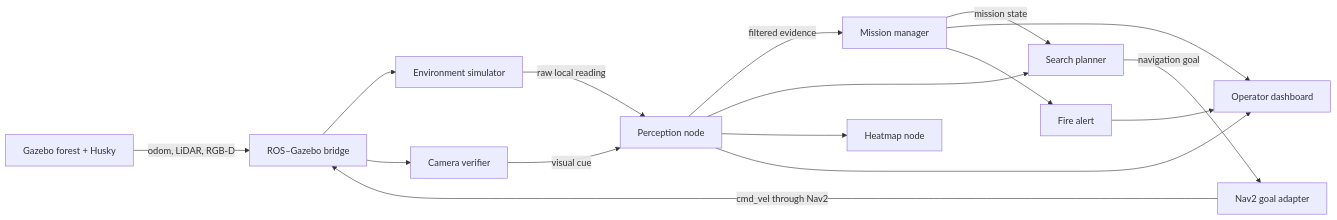
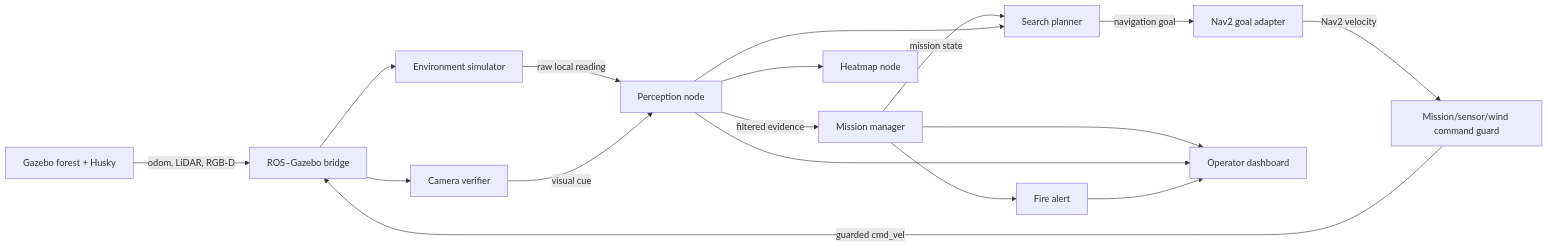
Before and after one commit to elsayeddd/Robotics-Studio-1: the diagram in docs/architecture.md, drawn with Mermaid. The commit also changed other lines of this file and 17 other files, not shown here.

````diff
--- a/docs/architecture.md
+++ b/docs/architecture.md
@@ -7,18 +7,19 @@
 ```mermaid
 flowchart LR
     GZ["Gazebo forest + Husky"] -->|odom, LiDAR, RGB-D| BR["ROS–Gazebo bridge"]
     BR --> ENV["Environment simulator"]
     ENV -->|raw local reading| PER["Perception node"]
     BR --> CAM["Camera verifier"]
     CAM -->|visual cue| PER
     PER -->|filtered evidence| MM["Mission manager"]
     MM -->|mission state| SEARCH["Search planner"]
     PER --> SEARCH
     SEARCH -->|navigation goal| NAV["Nav2 goal adapter"]
-    NAV -->|cmd_vel through Nav2| BR
+    NAV -->|Nav2 velocity| GUARD["Mission/sensor/wind command guard"]
+    GUARD -->|guarded cmd_vel| BR
     PER --> MAP["Heatmap node"]
     MM --> UI["Operator dashboard"]
     PER --> UI
     MM --> ALERT["Fire alert"]
     ALERT --> UI
 ```
````
